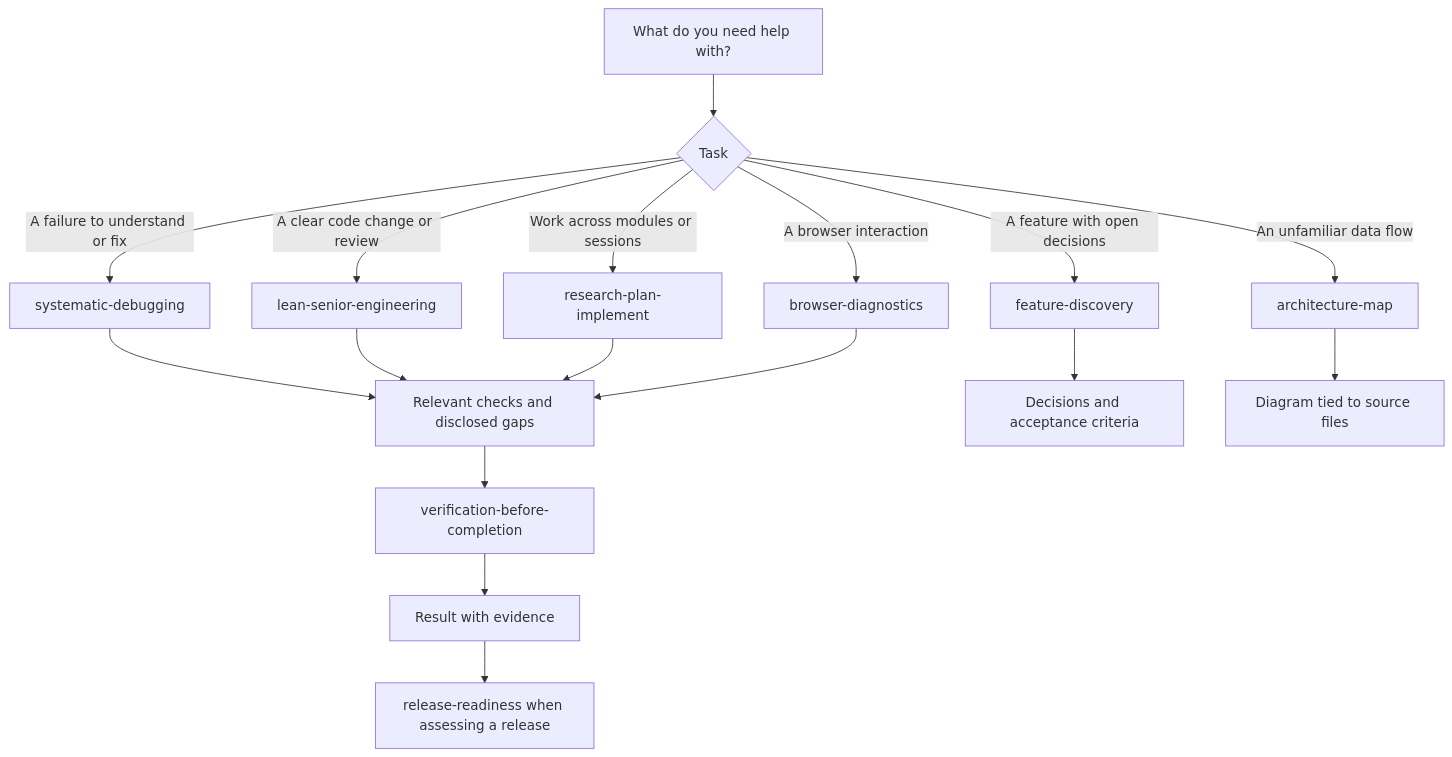
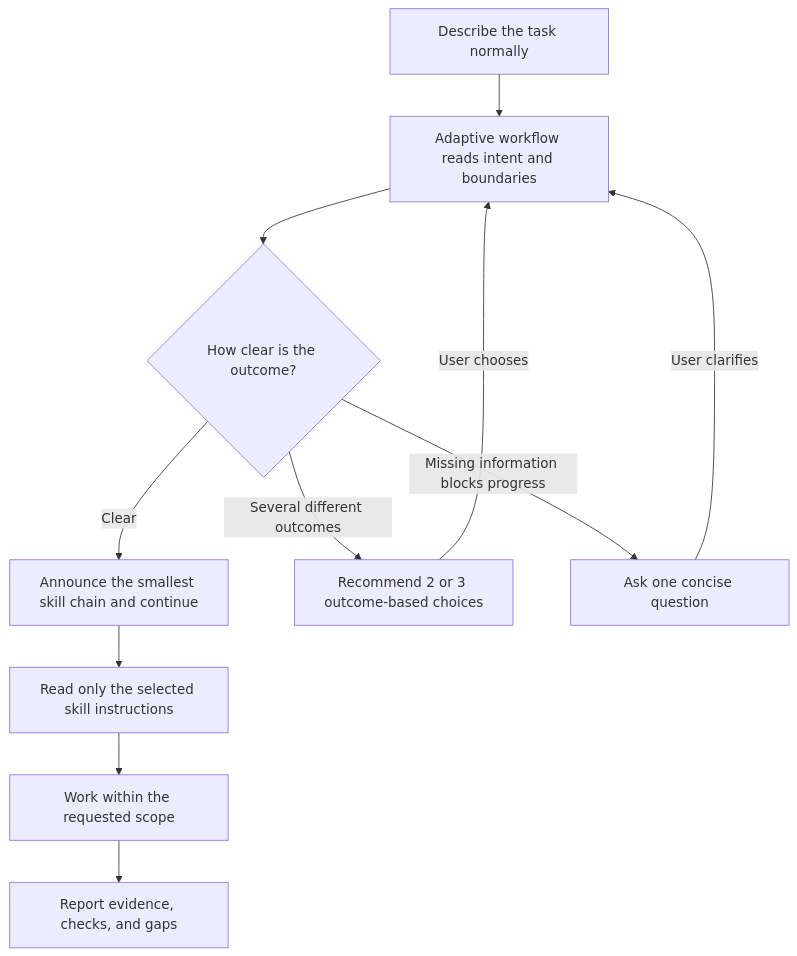
Before and after one commit to RaditteAnggoro/skill-for-lazy-developer: the diagram in README.md, drawn with Mermaid. The commit also changed other lines of this file and 26 other files, not shown here.

Commit message:
Add automatic adaptive skill routing

````diff
--- a/README.md
+++ b/README.md
@@ -43,19 +55,13 @@
 ```mermaid
 flowchart TD
-    A[What do you need help with?] --> B{Task}
-    B -->|A failure to understand or fix| C[systematic-debugging]
-    B -->|A clear code change or review| D[lean-senior-engineering]
-    B -->|A feature with open decisions| E[feature-discovery]
-    B -->|An unfamiliar data flow| F[architecture-map]
-    B -->|Work across modules or sessions| G[research-plan-implement]
-    B -->|A browser interaction| H[browser-diagnostics]
-    C --> I[Relevant checks and disclosed gaps]
-    D --> I
-    G --> I
-    H --> I
-    I --> J[verification-before-completion]
-    J --> K[Result with evidence]
-    E --> L[Decisions and acceptance criteria]
-    F --> M[Diagram tied to source files]
-    K --> N[release-readiness when assessing a release]
+    A[Describe the task normally] --> B[Adaptive workflow reads intent and boundaries]
+    B --> C{How clear is the outcome?}
+    C -->|Clear| D[Announce the smallest skill chain and continue]
+    C -->|Several different outcomes| E[Recommend 2 or 3 outcome-based choices]
+    C -->|Missing information blocks progress| F[Ask one concise question]
+    E -->|User chooses| B
+    F -->|User clarifies| B
+    D --> G[Read only the selected skill instructions]
+    G --> H[Work within the requested scope]
+    H --> I[Report evidence, checks, and gaps]
 ```
````
